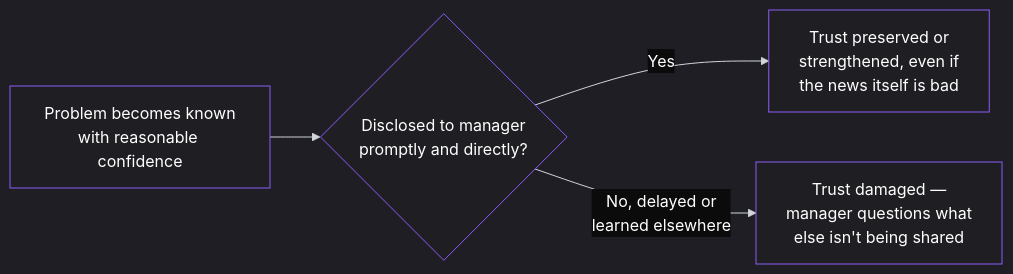
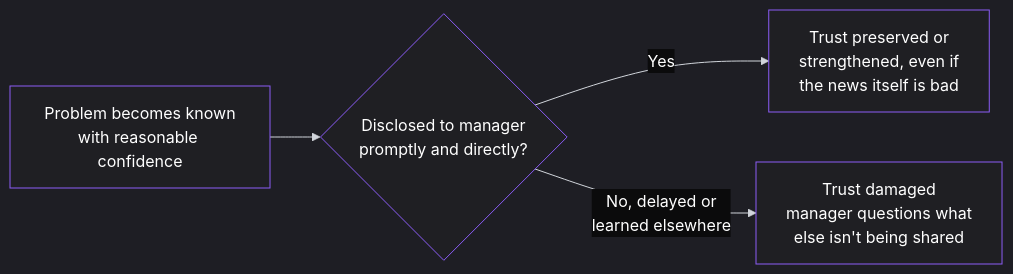
The first of 3 diagrams in content/lessons/lesson-054.md (pmacademy-app/web), drawn with Mermaid before and after one commit. The commit also changed other lines of this file and 90 other files, not shown here.

````diff
--- a/content/lessons/lesson-054.md
+++ b/content/lessons/lesson-054.md
@@ -49,36 +49,36 @@
 ```mermaid
 %%{init: {
   "theme": "dark",
   "themeVariables": {
     "background": "#0b0b0c",
     "primaryColor": "#1f1f23",
     "primaryTextColor": "#ffffff",
     "primaryBorderColor": "#8b5cf6",
     "lineColor": "#d1d5db",
     "secondaryColor": "#18181b",
     "tertiaryColor": "#111111",
     "mainBkg": "#1f1f23",
     "nodeBorder": "#8b5cf6",
     "clusterBkg": "#000000",
     "clusterBorder": "#27272a",
     "titleColor": "#ffffff",
     "edgeLabelBackground": "#0b0b0c",
     "nodeTextColor": "#ffffff",
     "edgeLabelColor": "#ffffff",
     "actorBorder": "#8b5cf6",
     "actorBkg": "#1f1f23",
     "actorTextColor": "#ffffff",
     "sequenceNumberColor": "#ffffff",
     "signalColor": "#8b5cf6",
     "signalTextColor": "#ffffff",
     "textColor": "#ffffff",
     "classText": "#ffffff",
     "classBorder": "#8b5cf6",
     "classBkg": "#1f1f23"
   }
 }}%%
 graph LR
     A[Problem becomes known<br/>with reasonable confidence] --> B{Disclosed to manager<br/>promptly and directly?}
     B -->|Yes| C[Trust preserved or<br/>strengthened, even if<br/>the news itself is bad]
-    B -->|No, delayed or<br/>learned elsewhere| D[Trust damaged —<br/>manager questions what<br/>else isn't being shared]
+    B -->|No, delayed or<br/>learned elsewhere| D[Trust damaged <br/>manager questions what<br/>else isn't being shared]
 ```
````
